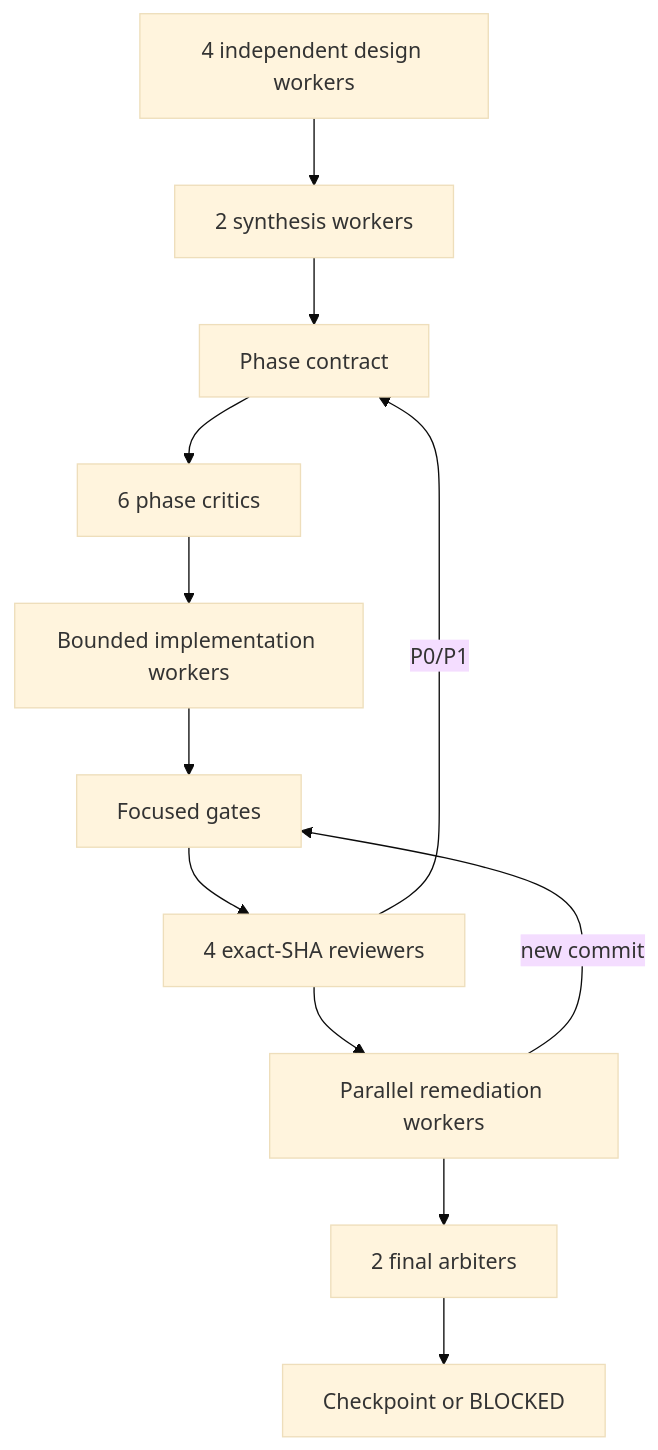
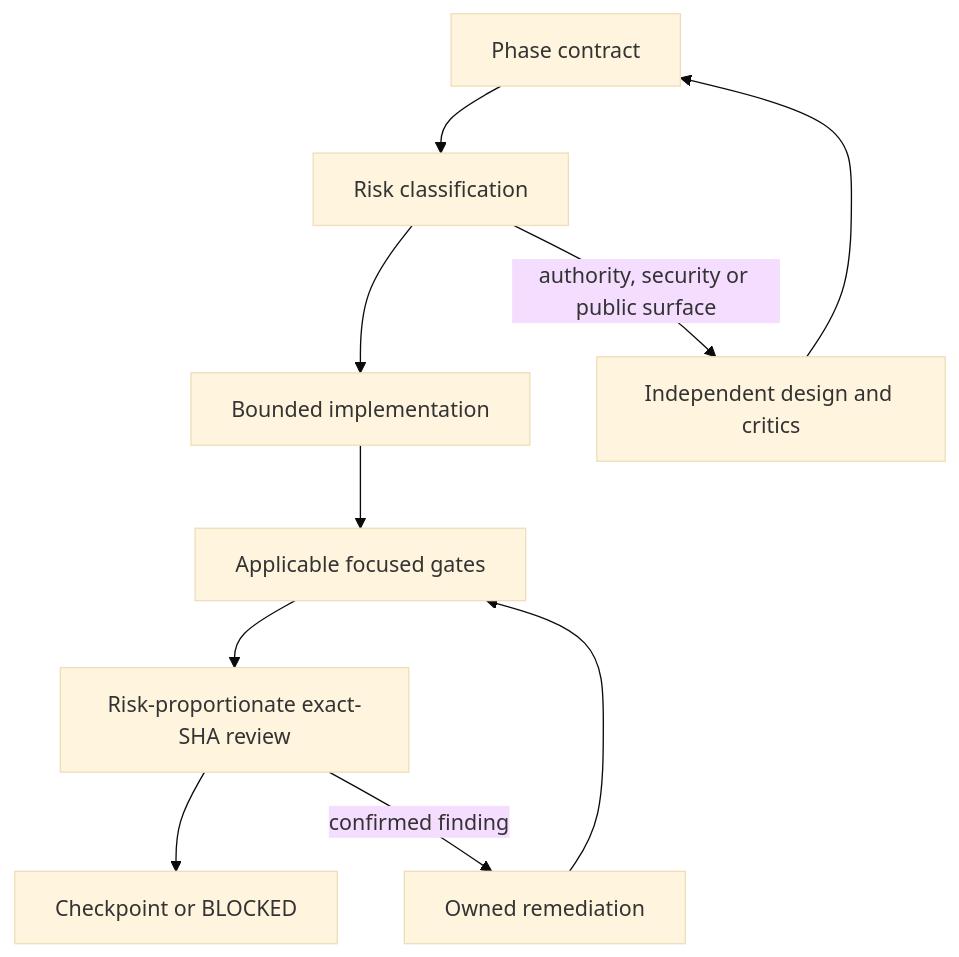
One commit to agent-teams-ai/get-modular changed the second of 2 diagrams in docs/architecture/mvp-implementation-roadmap.md. Above: the diagram before and after it, drawn with Mermaid (base theme). The commit also changed other lines of this file, not shown here.

Commit message:
docs(architecture): make MVP roadmap authority-safe

````diff
--- a/docs/architecture/mvp-implementation-roadmap.md
+++ b/docs/architecture/mvp-implementation-roadmap.md
@@ -74,14 +79,12 @@
 ```mermaid
 flowchart TB
-    D["4 independent design workers"] --> S["2 synthesis workers"]
-    S --> C["Phase contract"]
-    C --> R["6 phase critics"]
-    R --> I["Bounded implementation workers"]
-    I --> G["Focused gates"]
-    G --> X["4 exact-SHA reviewers"]
-    X --> F["Parallel remediation workers"]
-    F --> A["2 final arbiters"]
-    A --> CP["Checkpoint or BLOCKED"]
-    F -->|new commit| G
-    X -->|P0/P1| C
+    C["Phase contract"] --> K["Risk classification"]
+    K --> I["Bounded implementation"]
+    I --> G["Applicable focused gates"]
+    G --> X["Risk-proportionate exact-SHA review"]
+    X --> CP["Checkpoint or BLOCKED"]
+    K -->|authority, security or public surface| D["Independent design and critics"]
+    D --> C
+    X -->|confirmed finding| F["Owned remediation"]
+    F --> G
 ```
````
